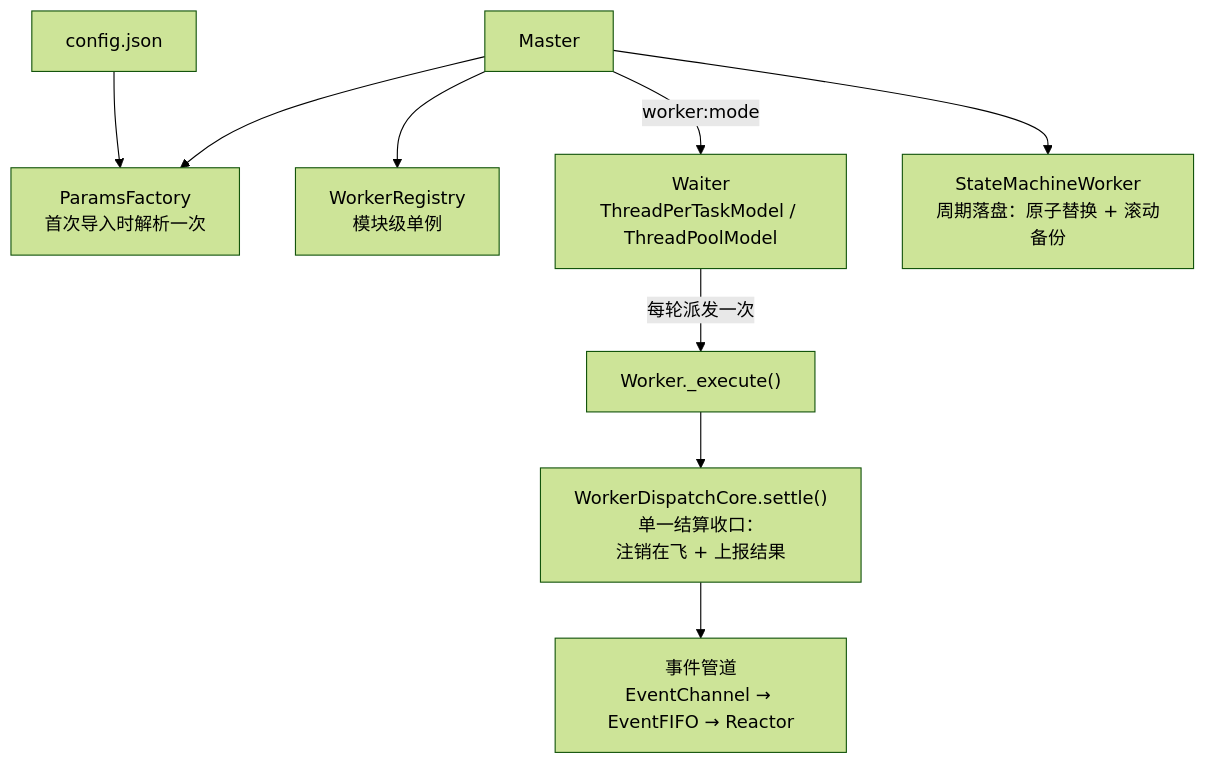
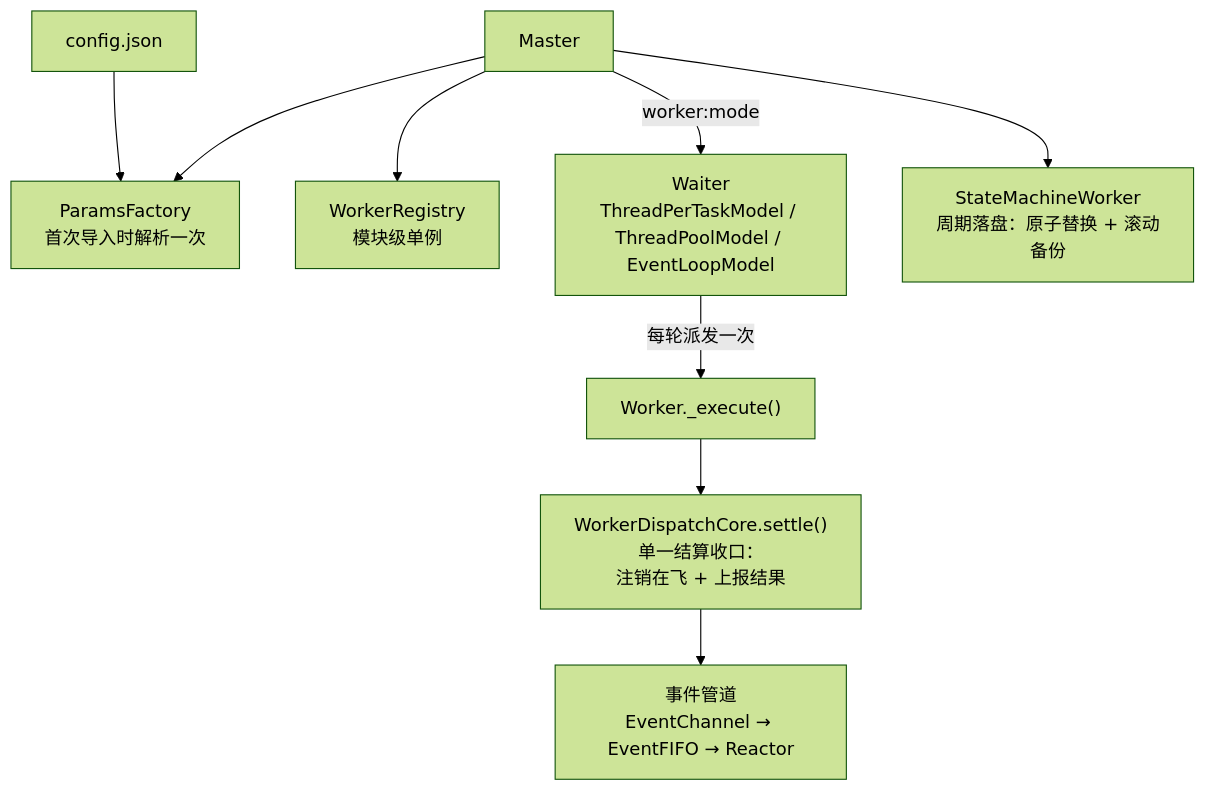
The diagram in README.zh.md (YearsAlso/zoo-framework), drawn with Mermaid (forest theme) before and after one commit. The commit also changed other lines of this file and 15 other files, not shown here.

First line of the commit message:
feat(waiter): 常驻事件循环执行模型（async-resident-event-loop）

````diff
--- a/README.zh.md
+++ b/README.zh.md
@@ -229,11 +229,11 @@
 ```mermaid
 flowchart TB
     cfg["config.json"] --> pf["ParamsFactory<br/>首次导入时解析一次"]
     m["Master"] --> pf
     m --> wr["WorkerRegistry<br/>模块级单例"]
-    m -->|"worker:mode"| w["Waiter<br/>ThreadPerTaskModel / ThreadPoolModel"]
+    m -->|"worker:mode"| w["Waiter<br/>ThreadPerTaskModel / ThreadPoolModel / EventLoopModel"]
     w -->|"每轮派发一次"| wk["Worker._execute()"]
     wk --> set["WorkerDispatchCore.settle()<br/>单一结算收口：<br/>注销在飞 + 上报结果"]
     set --> pipe["事件管道<br/>EventChannel → EventFIFO → Reactor"]
     m --> sm["StateMachineWorker<br/>周期落盘：原子替换 + 滚动备份"]
 ```
````
